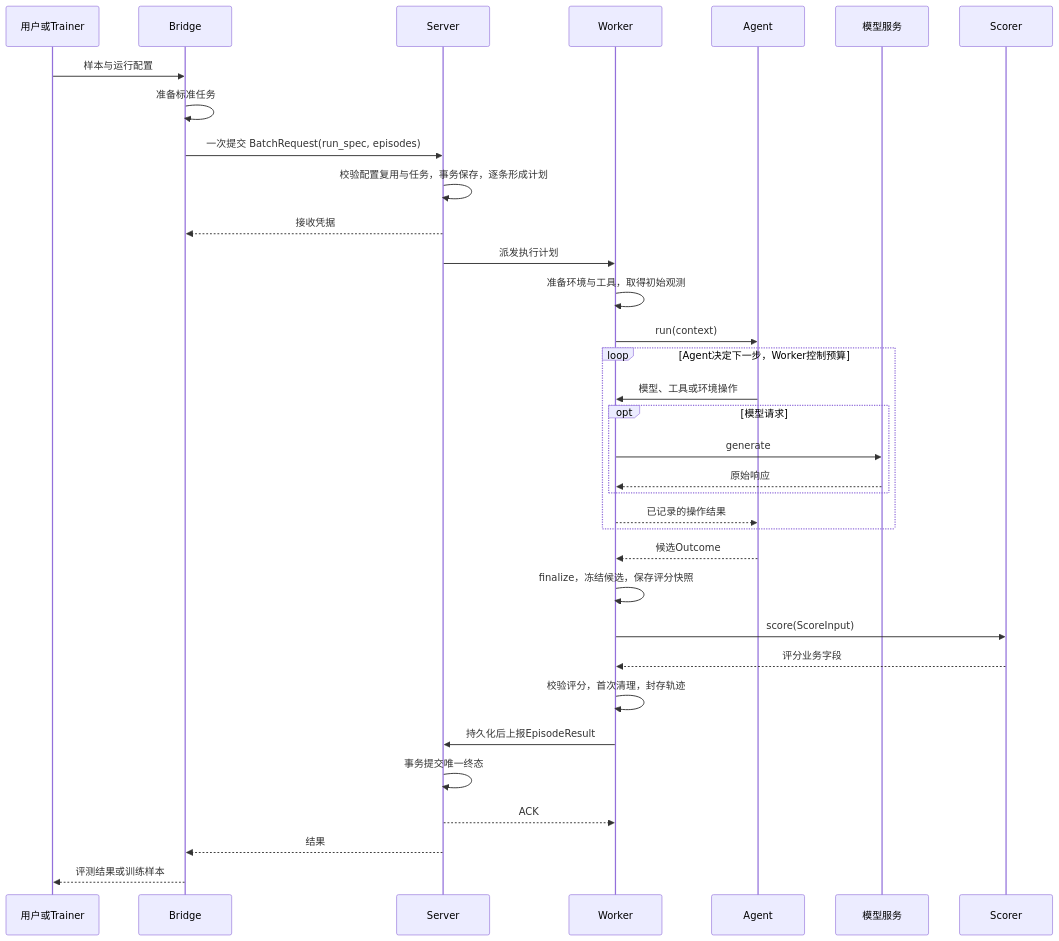
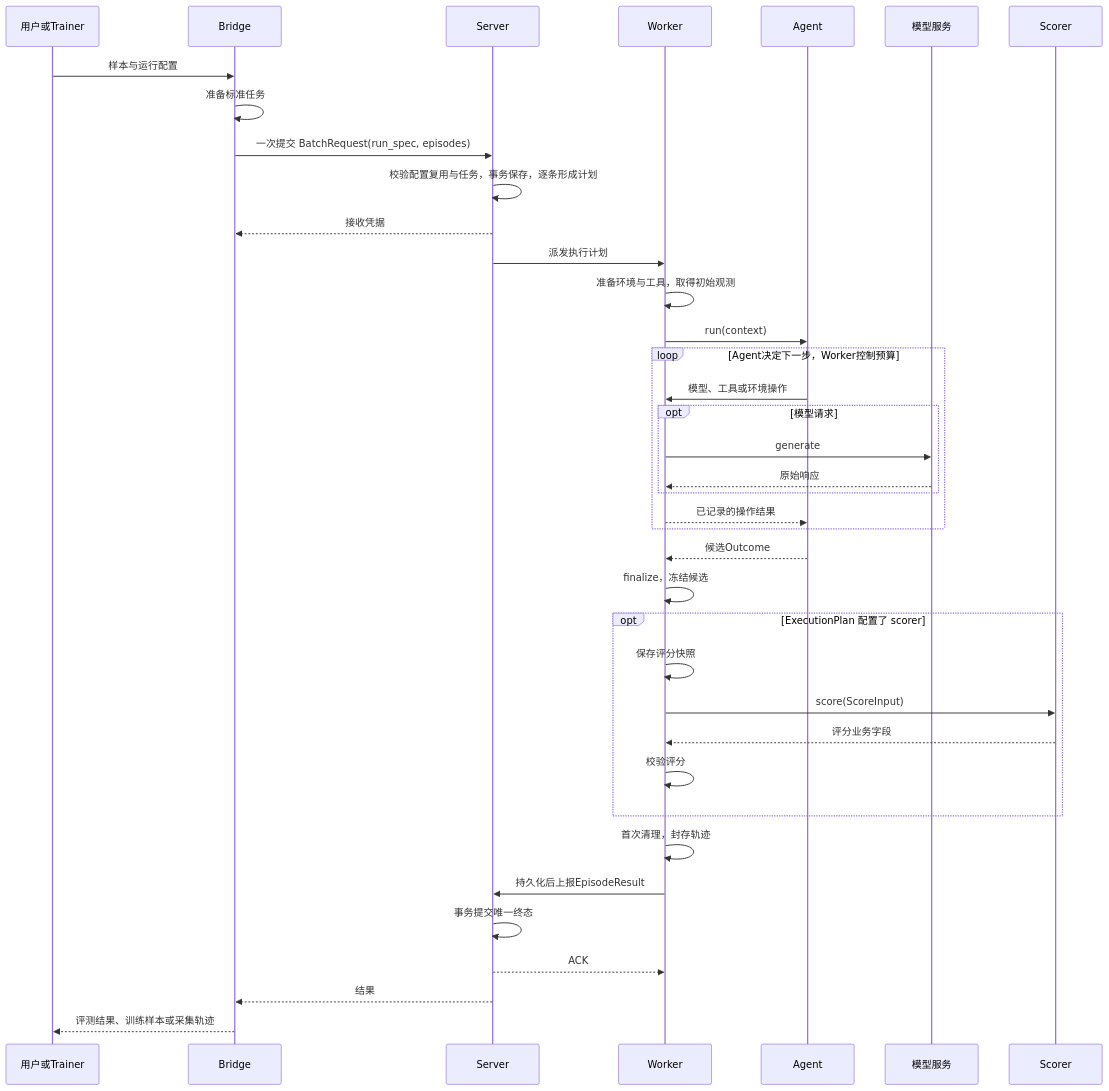
The second of 16 diagrams in docs/uenv_design.md (audreyyan1015/uenv_design), drawn with Mermaid before and after one commit. The commit also changed other lines of this file and 65 other files, not shown here.

````diff
--- a/docs/uenv_design.md
+++ b/docs/uenv_design.md
@@ -172,36 +172,40 @@
 ```mermaid
 sequenceDiagram
   participant U as 用户或Trainer
   participant B as Bridge
   participant S as Server
   participant W as Worker
   participant A as Agent
   participant M as 模型服务
   participant Q as Scorer
   U->>B: 样本与运行配置
   B->>B: 准备标准任务
   B->>S: 一次提交 BatchRequest(run_spec, episodes)
   S->>S: 校验配置复用与任务，事务保存，逐条形成计划
   S-->>B: 接收凭据
   S->>W: 派发执行计划
   W->>W: 准备环境与工具，取得初始观测
   W->>A: run(context)
   loop Agent决定下一步，Worker控制预算
     A->>W: 模型、工具或环境操作
     opt 模型请求
       W->>M: generate
       M-->>W: 原始响应
     end
     W-->>A: 已记录的操作结果
   end
   A-->>W: 候选Outcome
-  W->>W: finalize，冻结候选，保存评分快照
-  W->>Q: score(ScoreInput)
-  Q-->>W: 评分业务字段
-  W->>W: 校验评分，首次清理，封存轨迹
+  W->>W: finalize，冻结候选
+  opt ExecutionPlan 配置了 scorer
+    W->>W: 保存评分快照
+    W->>Q: score(ScoreInput)
+    Q-->>W: 评分业务字段
+    W->>W: 校验评分
+  end
+  W->>W: 首次清理，封存轨迹
   W->>S: 持久化后上报EpisodeResult
   S->>S: 事务提交唯一终态
   S-->>W: ACK
   S-->>B: 结果
-  B-->>U: 评测结果或训练样本
+  B-->>U: 评测结果、训练样本或采集轨迹
 ```
````
